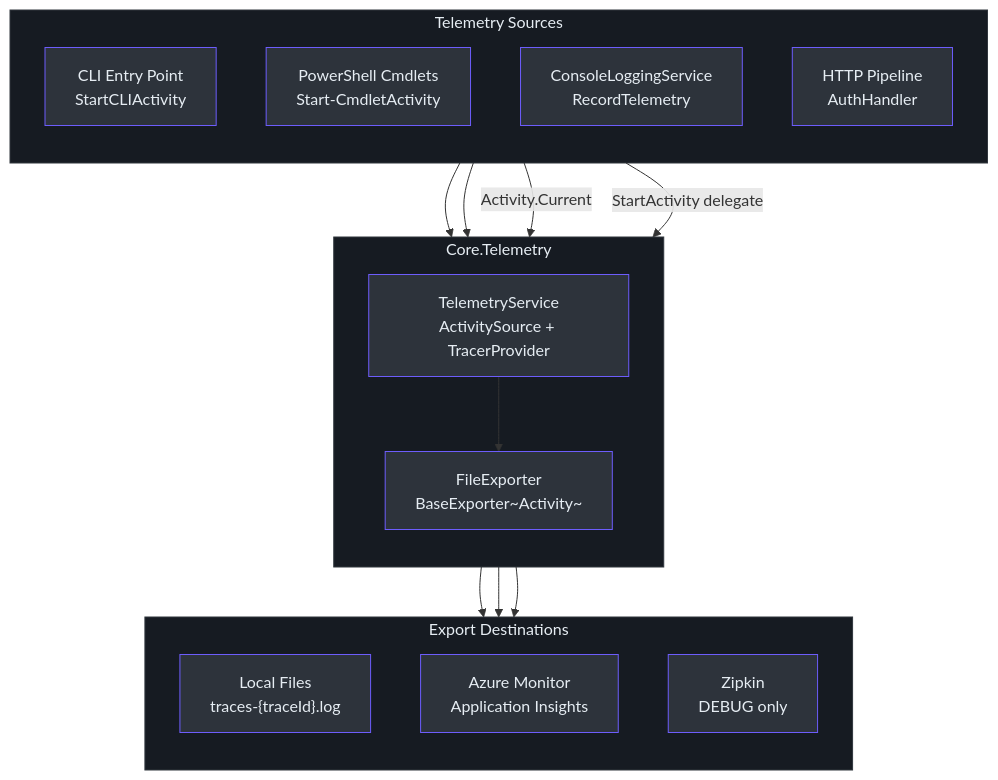
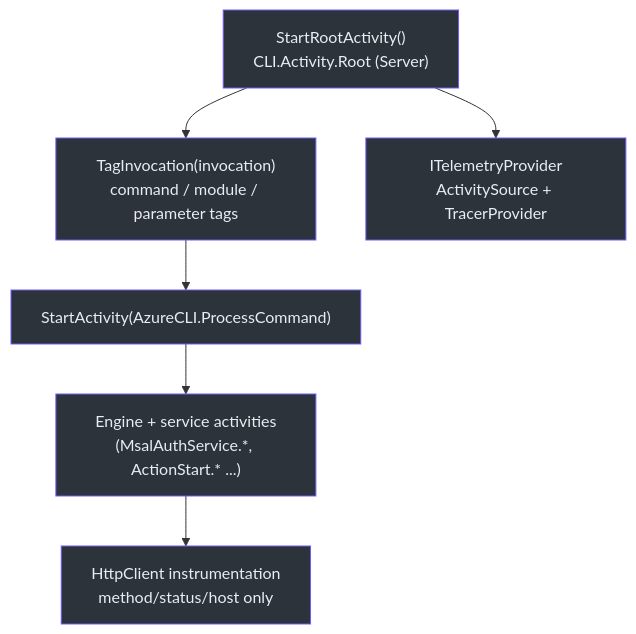
The first of 2 diagrams in wiki/02-deep-dive/telemetry.md (Azure/azclips), drawn with Mermaid before and after one commit. The commit also changed other lines of this file and 19 other files, not shown here.

````diff
--- a/wiki/02-deep-dive/telemetry.md
+++ b/wiki/02-deep-dive/telemetry.md
@@ -12,47 +23,15 @@
 ```mermaid
 flowchart TB
-    subgraph Sources["Telemetry Sources"]
-        direction TB
-        CLI["CLI Entry Point<br>StartCLIActivity"]
-        PS["PowerShell Cmdlets<br>Start-CmdletActivity"]
-        Logging["ConsoleLoggingService<br>RecordTelemetry"]
-        Pipeline["HTTP Pipeline<br>AuthHandler"]
-    end
+    Root["StartRootActivity()<br>CLI.Activity.Root (Server)"] --> Tag["TagInvocation(invocation)<br>command / module / parameter tags"]
+    Tag --> Cmd["StartActivity(AzureCLI.ProcessCommand)"]
+    Cmd --> Engine["Engine + service activities<br>(MsalAuthService.*, ActionStart.* ...)"]
+    Engine --> Http["HttpClient instrumentation<br>method/status/host only"]
+    Root --> Provider["ITelemetryProvider<br>ActivitySource + TracerProvider"]
 
-    subgraph Core["Core.Telemetry"]
-        direction TB
-        TS["TelemetryService<br>ActivitySource + TracerProvider"]
-        FE["FileExporter<br>BaseExporter~Activity~"]
-    end
-
-    subgraph Exports["Export Destinations"]
-        direction TB
-        File["Local Files<br>traces-{traceId}.log"]
-        AzMon["Azure Monitor<br>Application Insights"]
-        Zip["Zipkin<br>DEBUG only"]
-    end
-
-    CLI --> TS
-    PS --> TS
-    Logging -->|Activity.Current| TS
-    Pipeline -->|StartActivity delegate| TS
-
-    TS --> FE
-    TS --> AzMon
-    TS --> Zip
-
-    FE --> File
-
-    style Sources fill:#161b22,stroke:#30363d,color:#e6edf3
-    style Core fill:#161b22,stroke:#30363d,color:#e6edf3
-    style Exports fill:#161b22,stroke:#30363d,color:#e6edf3
-    style CLI fill:#2d333b,stroke:#6d5dfc,color:#e6edf3
-    style PS fill:#2d333b,stroke:#6d5dfc,color:#e6edf3
-    style Logging fill:#2d333b,stroke:#6d5dfc,color:#e6edf3
-    style Pipeline fill:#2d333b,stroke:#6d5dfc,color:#e6edf3
-    style TS fill:#2d333b,stroke:#6d5dfc,color:#e6edf3
-    style FE fill:#2d333b,stroke:#6d5dfc,color:#e6edf3
-    style File fill:#2d333b,stroke:#6d5dfc,color:#e6edf3
-    style AzMon fill:#2d333b,stroke:#6d5dfc,color:#e6edf3
-    style Zip fill:#2d333b,stroke:#6d5dfc,color:#e6edf3
+    style Root fill:#2d333b,stroke:#6d5dfc,color:#e6edf3
+    style Tag fill:#2d333b,stroke:#6d5dfc,color:#e6edf3
+    style Cmd fill:#2d333b,stroke:#6d5dfc,color:#e6edf3
+    style Engine fill:#2d333b,stroke:#6d5dfc,color:#e6edf3
+    style Http fill:#2d333b,stroke:#6d5dfc,color:#e6edf3
+    style Provider fill:#2d333b,stroke:#6d5dfc,color:#e6edf3
 ```
````
